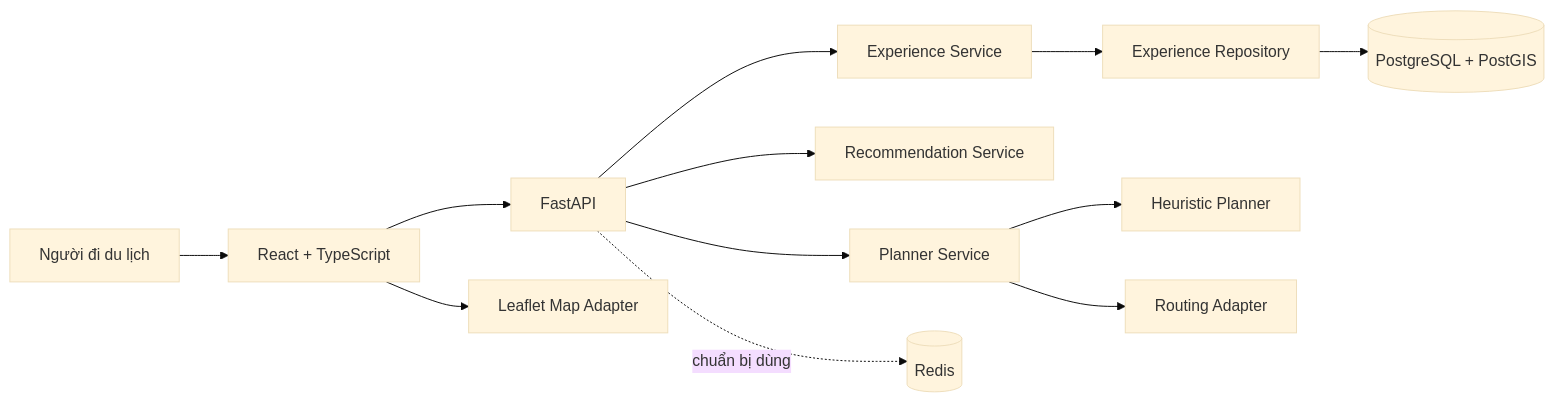
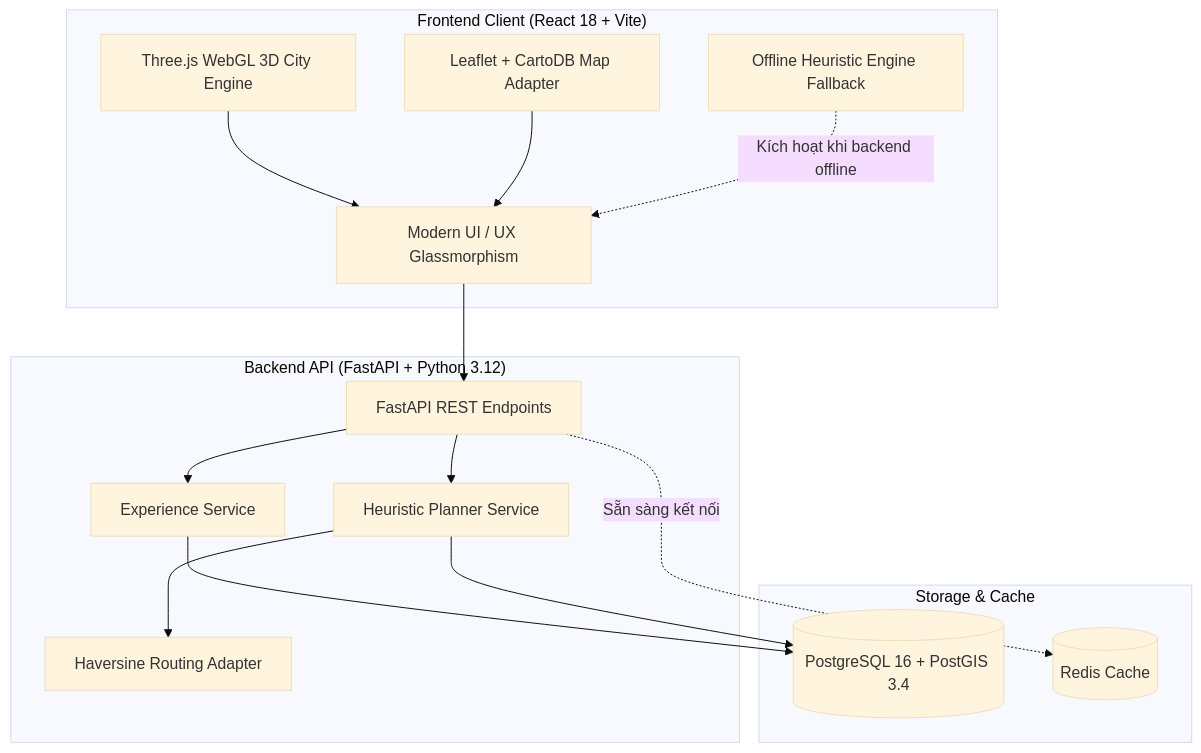
The diagram in README.md (NguyenTriBaoThang/LoaclExplorerAI), drawn with Mermaid (base theme) before and after one commit. The commit also changed other lines of this file, not shown here.

````diff
--- a/README.md
+++ b/README.md
@@ -24,14 +66,32 @@
 ```mermaid
-flowchart LR
-    U[Người đi du lịch] --> W[React + TypeScript]
-    W --> API[FastAPI]
-    API --> ES[Experience Service]
-    API --> RS[Recommendation Service]
-    API --> PS[Planner Service]
-    ES --> ER[Experience Repository]
-    PS --> PE[Heuristic Planner]
-    PS --> RA[Routing Adapter]
-    ER --> DB[(PostgreSQL + PostGIS)]
-    API -. chuẩn bị dùng .-> REDIS[(Redis)]
-    W --> MA[Leaflet Map Adapter]
+flowchart TB
+    subgraph Frontend["Frontend Client (React 18 + Vite)"]
+        UI["Modern UI / UX Glassmorphism"]
+        Three["Three.js WebGL 3D City Engine"]
+        Map["Leaflet + CartoDB Map Adapter"]
+        Mock["Offline Heuristic Engine Fallback"]
+    end
+
+    subgraph Backend["Backend API (FastAPI + Python 3.12)"]
+        API["FastAPI REST Endpoints"]
+        ES["Experience Service"]
+        PS["Heuristic Planner Service"]
+        RA["Haversine Routing Adapter"]
+    end
+
+    subgraph Storage["Storage & Cache"]
+        DB[("PostgreSQL 16 + PostGIS 3.4")]
+        REDIS[("Redis Cache")]
+    end
+
+    UI --> API
+    Three --> UI
+    Map --> UI
+    Mock -. Kích hoạt khi backend offline .-> UI
+    API --> ES
+    API --> PS
+    ES --> DB
+    PS --> RA
+    PS --> DB
+    API -. Sẵn sàng kết nối .-> REDIS
 ```
````
